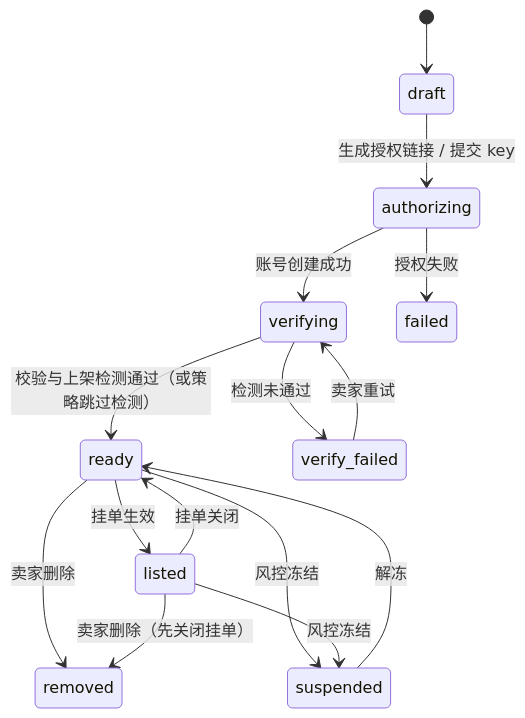
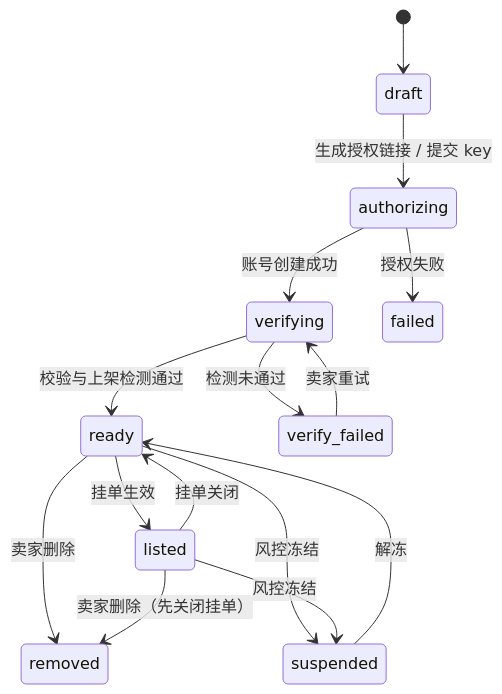
Before and after one commit to yx-token/token-market: the diagram in docs/04-listing.md, drawn with Mermaid. The commit also changed other lines of this file and 99 other files, not shown here.

````diff
--- a/docs/04-listing.md
+++ b/docs/04-listing.md
@@ -84,17 +85,17 @@
 ```mermaid
 stateDiagram-v2
   [*] --> draft
   draft --> authorizing: 生成授权链接 / 提交 key
   authorizing --> verifying: 账号创建成功
   authorizing --> failed: 授权失败
-  verifying --> ready: 校验与上架检测通过（或策略跳过检测）
+  verifying --> ready: 校验与上架检测通过
   verifying --> verify_failed: 检测未通过
   verify_failed --> verifying: 卖家重试
   ready --> listed: 挂单生效
   listed --> ready: 挂单关闭
   ready --> removed: 卖家删除
   listed --> removed: 卖家删除（先关闭挂单）
   ready --> suspended: 风控冻结
   listed --> suspended: 风控冻结
   suspended --> ready: 解冻
 ```
````
